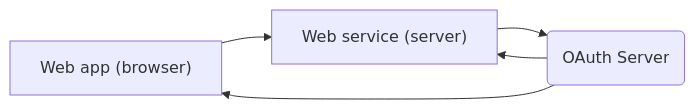
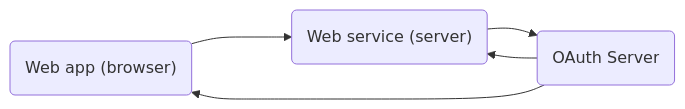
Before and after one commit to FusionAuth/fusionauth-site: the second of 3 diagrams in astro/src/content/articles/authentication/bff.mdx, drawn with Mermaid. The commit also changed other lines of this file, not shown here.

Commit message:
add resource server expla

````diff
--- a/astro/src/content/articles/authentication/bff.mdx
+++ b/astro/src/content/articles/authentication/bff.mdx
@@ -100,7 +100,7 @@
 ```mermaid
 graph LR
-	wa["Web app (browser)"] --> ws["Web service (server)"]
-	os(OAuth Server) --> wa
+	wa("Web app (browser)") --> ws("Web service (server)")
+	os(OAuth Server) ----> wa
 	ws --> os
 	os --> ws
 ```
````
